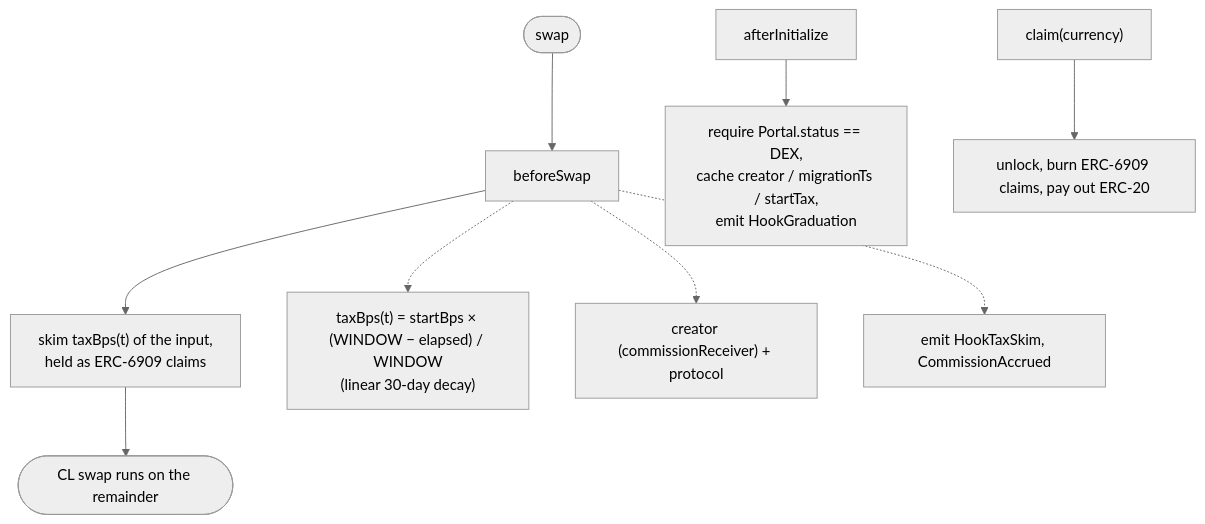
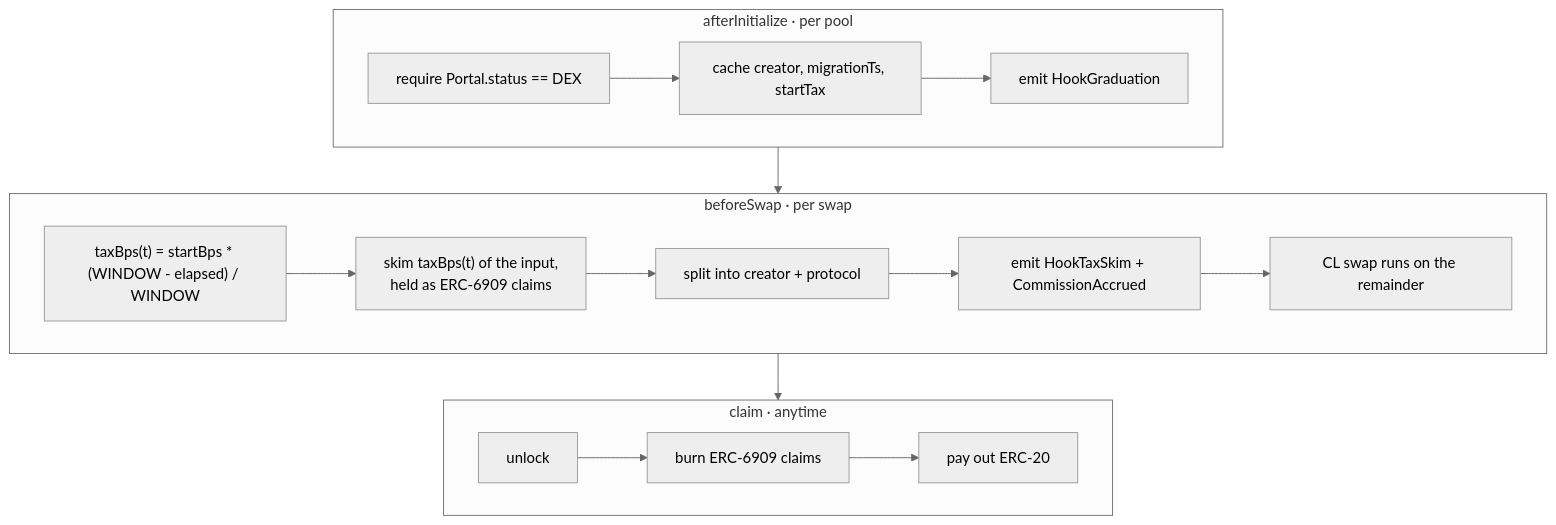
One commit to beautifulrem/flapvenue changed the diagram in README.md. Above: the diagram before and after it, drawn with Mermaid (neutral theme). The commit also changed 1 other file, not shown here.

Commit message:
docs: restructure the hook-flow diagram into three connected phases
The Mermaid flowchart rendered as three disconnected islands (swap flow,
afterInitialize, claim) with the tax steps sprawling as dotted branches.
Group it into afterInitialize / beforeSwap / claim subgraphs wired in order,
each a left-to-right sequence. Also use ASCII operators in the decay formula.

````diff
--- a/README.md
+++ b/README.md
@@ -50,11 +50,16 @@
 ```mermaid
 flowchart TD
-    swap([swap]) --> bs[beforeSwap]
-    bs --> skim["skim taxBps(t) of the input,<br/>held as ERC-6909 claims"]
-    skim --> cl([CL swap runs on the remainder])
-    bs -.-> decay["taxBps(t) = startBps × (WINDOW − elapsed) / WINDOW<br/>(linear 30-day decay)"]
-    bs -.-> split["creator (commissionReceiver) + protocol"]
-    bs -.-> ev["emit HookTaxSkim, CommissionAccrued"]
-    init[afterInitialize] --> gate["require Portal.status == DEX,<br/>cache creator / migrationTs / startTax,<br/>emit HookGraduation"]
-    claim["claim(currency)"] --> redeem["unlock, burn ERC-6909 claims, pay out ERC-20"]
+    subgraph init["afterInitialize · per pool"]
+        G1["require Portal.status == DEX"] --> G2["cache creator, migrationTs, startTax"] --> G3["emit HookGraduation"]
+    end
+    subgraph swap["beforeSwap · per swap"]
+        S1["taxBps(t) = startBps * (WINDOW - elapsed) / WINDOW"] --> S2["skim taxBps(t) of the input,<br/>held as ERC-6909 claims"]
+        S2 --> S3["split into creator + protocol"]
+        S3 --> S4["emit HookTaxSkim + CommissionAccrued"]
+        S4 --> S5["CL swap runs on the remainder"]
+    end
+    subgraph claim["claim · anytime"]
+        C1[unlock] --> C2["burn ERC-6909 claims"] --> C3["pay out ERC-20"]
+    end
+    init --> swap --> claim
 ```
````
